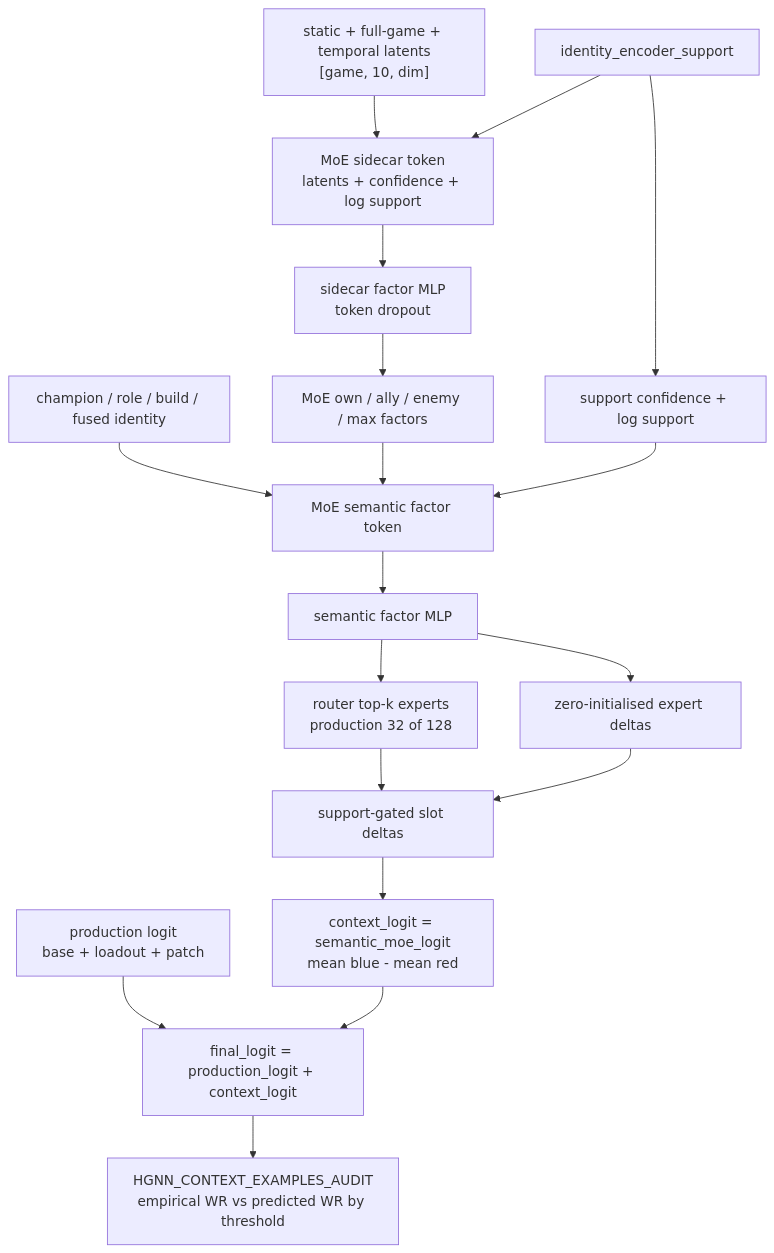
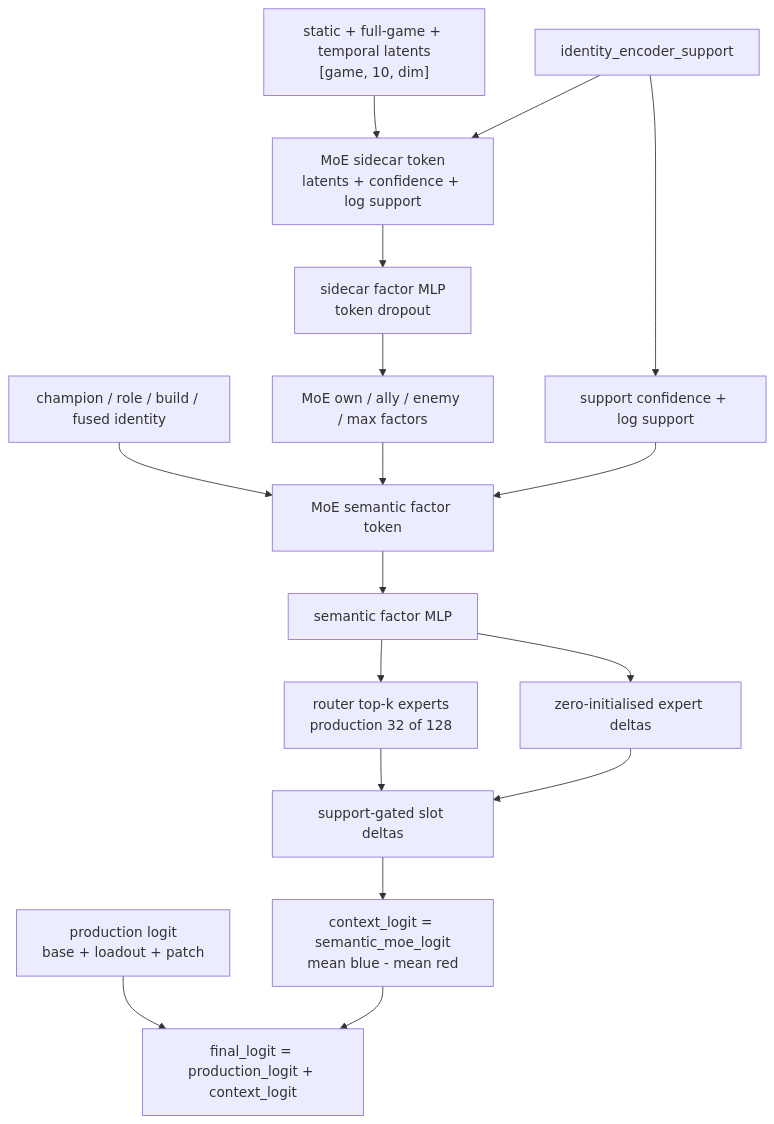
Before and after one commit to JackLGZimmerman/riot-api-ecosystem: the second of 2 diagrams in app/ml/documentation/HGNN_CURRENT.md, drawn with Mermaid. The commit also changed other lines of this file and 10 other files, not shown here.

````diff
--- a/app/ml/documentation/HGNN_CURRENT.md
+++ b/app/ml/documentation/HGNN_CURRENT.md
@@ -364,22 +244,20 @@
 ```mermaid
 flowchart TD
     support["identity_encoder_support"] --> gate["support confidence + log support"]
     sidecars["static + full-game + temporal latents<br/>[game, 10, dim]"] --> sidecar_token["MoE sidecar token<br/>latents + confidence + log support"]
     support --> sidecar_token
     sidecar_token --> sidecar_factor["sidecar factor MLP<br/>token dropout"]
     sidecar_factor --> moe_context["MoE own / ally / enemy / max factors"]
     identity["champion / role / build / fused identity"] --> moe_token["MoE semantic factor token"]
     moe_context --> moe_token
     gate --> moe_token
     moe_token --> factor["semantic factor MLP"]
     factor --> router["router top-k experts<br/>production 32 of 128"]
     factor --> experts["zero-initialised expert deltas"]
     router --> moe_slots["support-gated slot deltas"]
     experts --> moe_slots
     moe_slots --> context["context_logit = semantic_moe_logit<br/>mean blue - mean red"]
 
     production["production logit<br/>base + loadout + patch"] --> final["final_logit = production_logit + context_logit"]
     context --> final
-
-    final --> audit["HGNN_CONTEXT_EXAMPLES_AUDIT<br/>empirical WR vs predicted WR by threshold"]
 ```
````
